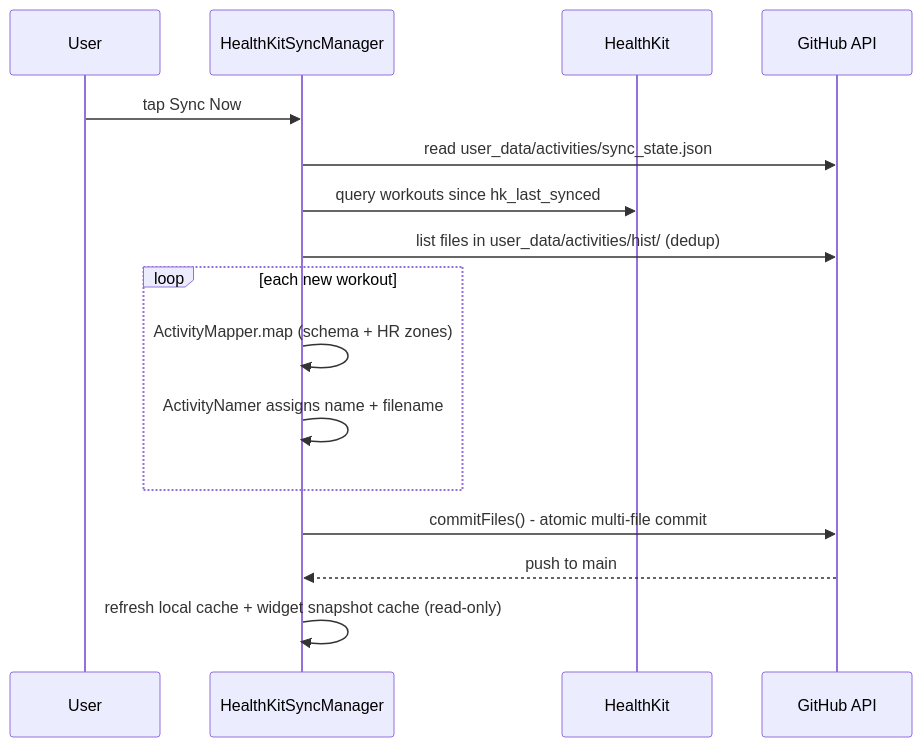
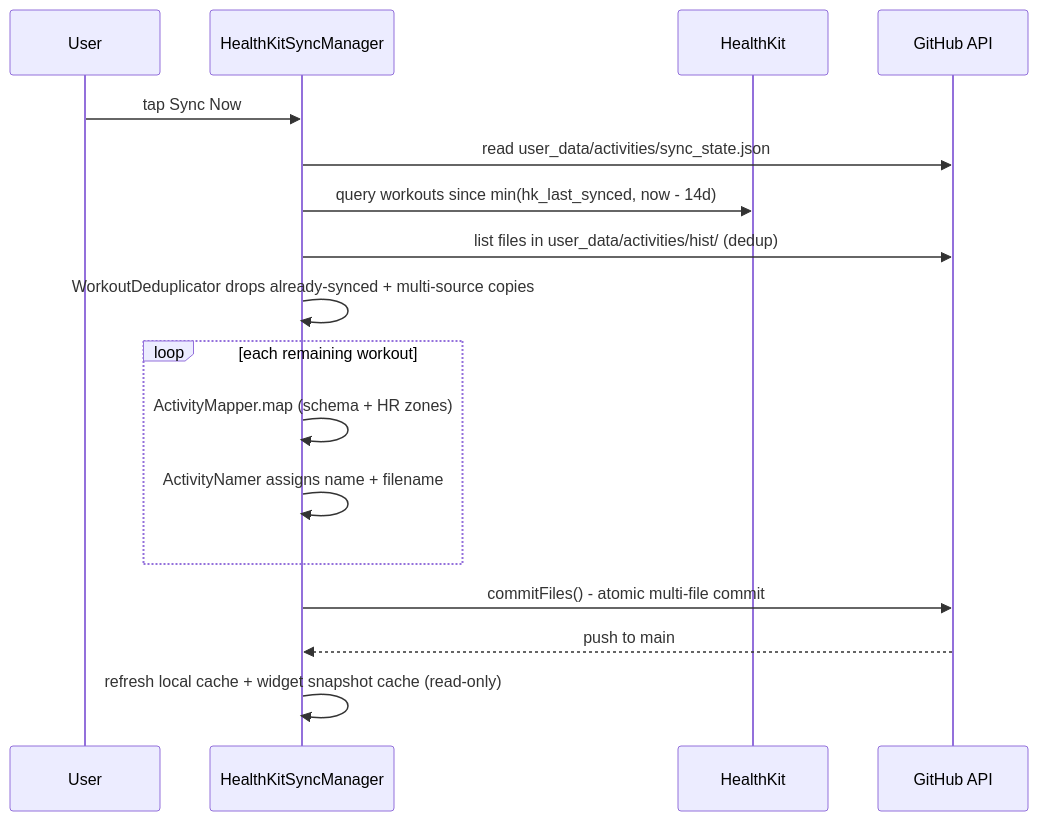
The second of 2 diagrams in docs/eng-docs/ios-sync.md (sibling-shipyard/coach-hq), drawn with Mermaid before and after one commit. The commit also changed other lines of this file and 3 other files, not shown here.

````diff
--- a/docs/eng-docs/ios-sync.md
+++ b/docs/eng-docs/ios-sync.md
@@ -38,18 +38,19 @@
 ```mermaid
 sequenceDiagram
     participant U as User
     participant M as HealthKitSyncManager
     participant HK as HealthKit
     participant GH as GitHub API
     U->>M: tap Sync Now
     M->>GH: read user_data/activities/sync_state.json
-    M->>HK: query workouts since hk_last_synced
+    M->>HK: query workouts since min(hk_last_synced, now - 14d)
     M->>GH: list files in user_data/activities/hist/ (dedup)
-    loop each new workout
+    M->>M: WorkoutDeduplicator drops already-synced + multi-source copies
+    loop each remaining workout
         M->>M: ActivityMapper.map (schema + HR zones)
         M->>M: ActivityNamer assigns name + filename
     end
     M->>GH: commitFiles() - atomic multi-file commit
     GH-->>M: push to main
     M->>M: refresh local cache + widget snapshot cache (read-only)
 ```
````
